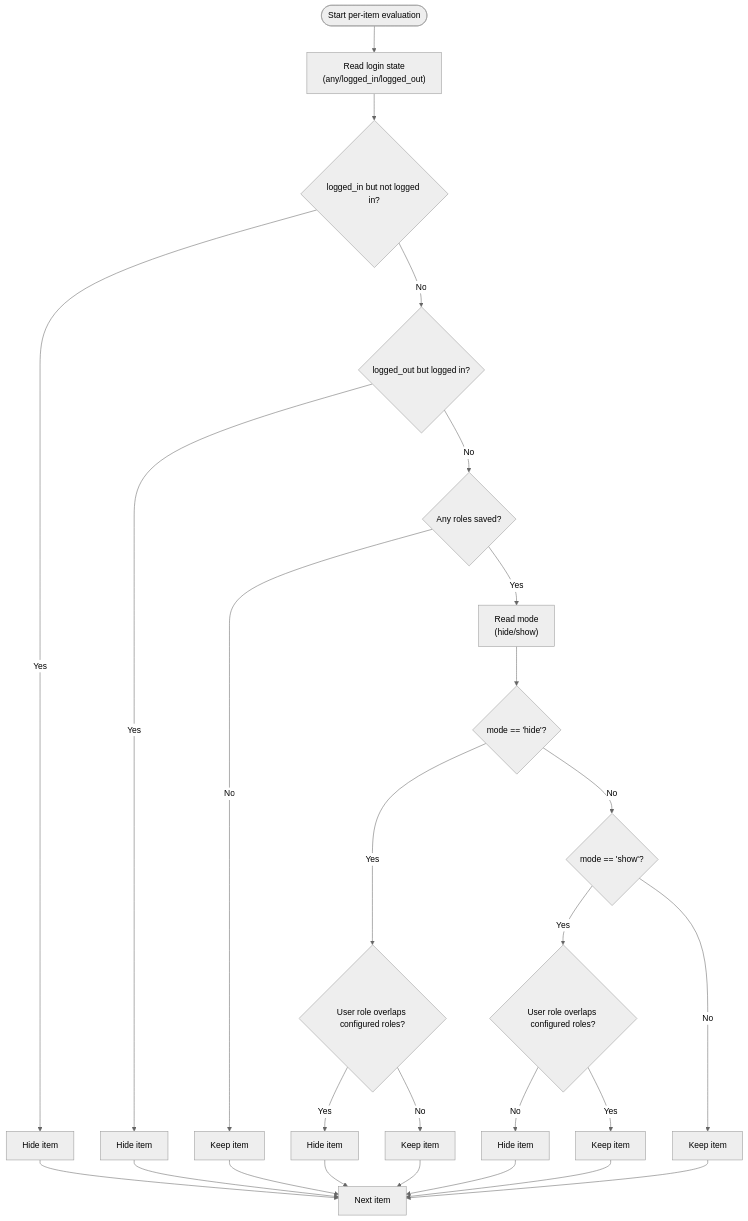
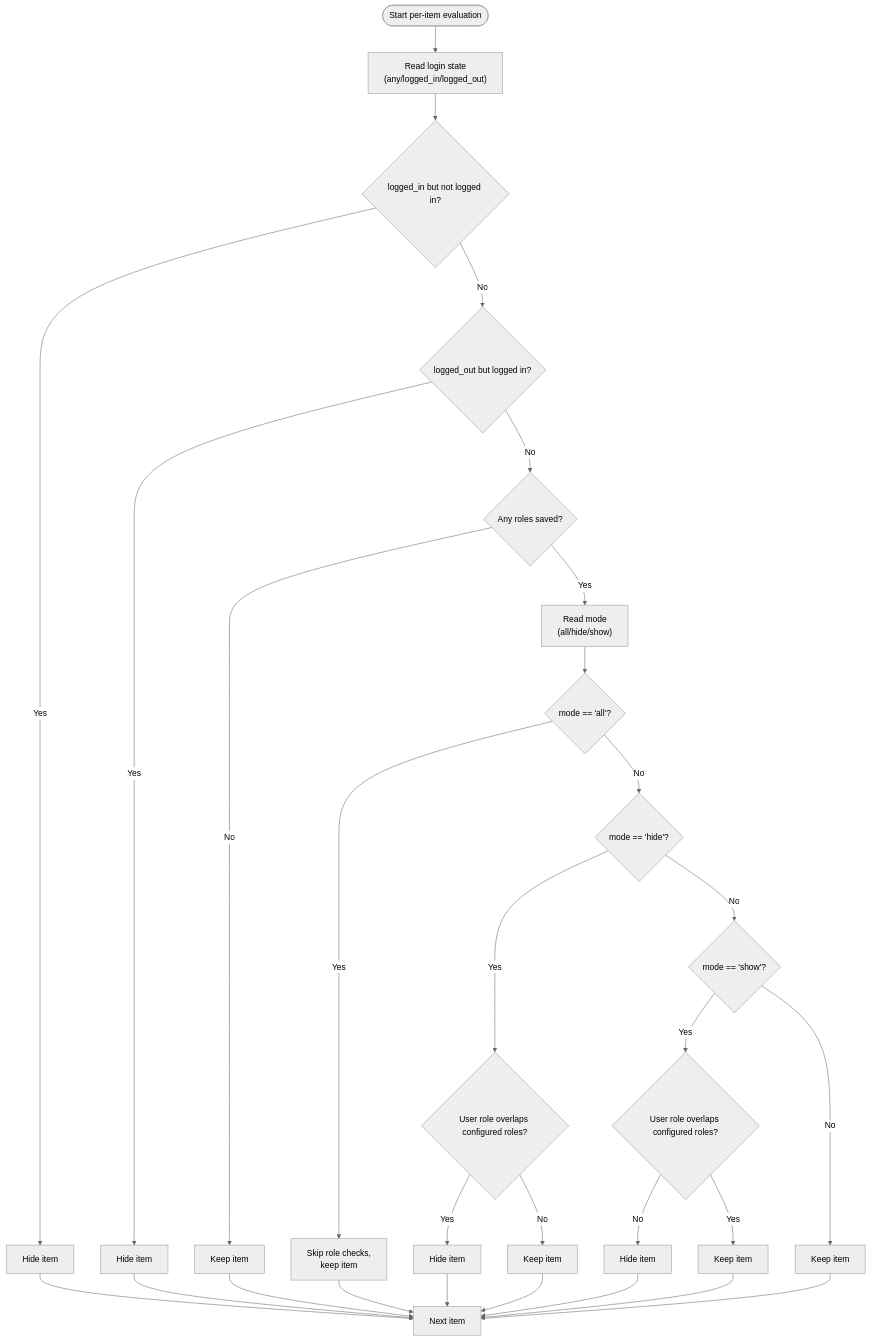
The third of 6 diagrams in .qoder/repowiki/en/content/Features Guide/Dual Mode Operation (Hide vs Show).md (mahfuzurwp/hide-menu-items-by-role), drawn with Mermaid (neutral theme) before and after one commit. The commit also changed other lines of this file and 20 other files, not shown here.

````diff
--- a/.qoder/repowiki/en/content/Features Guide/Dual Mode Operation (Hide vs Show).md
+++ b/.qoder/repowiki/en/content/Features Guide/Dual Mode Operation (Hide vs Show).md
@@ -101,20 +110,22 @@
 ```mermaid
 flowchart TD
 Start(["Start per-item evaluation"]) --> LoginCheck["Read login state<br/>(any/logged_in/logged_out)"]
 LoginCheck --> LoggedInOnly{"logged_in but not logged in?"}
 LoggedInOnly --> |Yes| HideItem["Hide item"] --> NextItem["Next item"]
 LoggedInOnly --> |No| LoggedOutOnly{"logged_out but logged in?"}
 LoggedOutOnly --> |Yes| HideItem2["Hide item"] --> NextItem
 LoggedOutOnly --> |No| HasRoles{"Any roles saved?"}
 HasRoles --> |No| KeepItem["Keep item"] --> NextItem
-HasRoles --> |Yes| ReadMode["Read mode<br/>(hide/show)"]
-ReadMode --> ModeHide{"mode == 'hide'?"}
+HasRoles --> |Yes| ReadMode["Read mode<br/>(all/hide/show)"]
+ReadMode --> ModeAll{"mode == 'all'?"}
+ModeAll --> |Yes| KeepItem2["Skip role checks,<br/>keep item"] --> NextItem
+ModeAll --> |No| ModeHide{"mode == 'hide'?"}
 ModeHide --> |Yes| OverlapHide{"User role overlaps configured roles?"}
 OverlapHide --> |Yes| HideItem3["Hide item"] --> NextItem
-OverlapHide --> |No| KeepItem2["Keep item"] --> NextItem
+OverlapHide --> |No| KeepItem3["Keep item"] --> NextItem
 ModeHide --> |No| ModeShow{"mode == 'show'?"}
 ModeShow --> |Yes| OverlapShow{"User role overlaps configured roles?"}
 OverlapShow --> |No| HideItem4["Hide item"] --> NextItem
-OverlapShow --> |Yes| KeepItem3["Keep item"] --> NextItem
-ModeShow --> |No| KeepItem4["Keep item"] --> NextItem
+OverlapShow --> |Yes| KeepItem4["Keep item"] --> NextItem
+ModeShow --> |No| KeepItem5["Keep item"] --> NextItem
 ```
````
